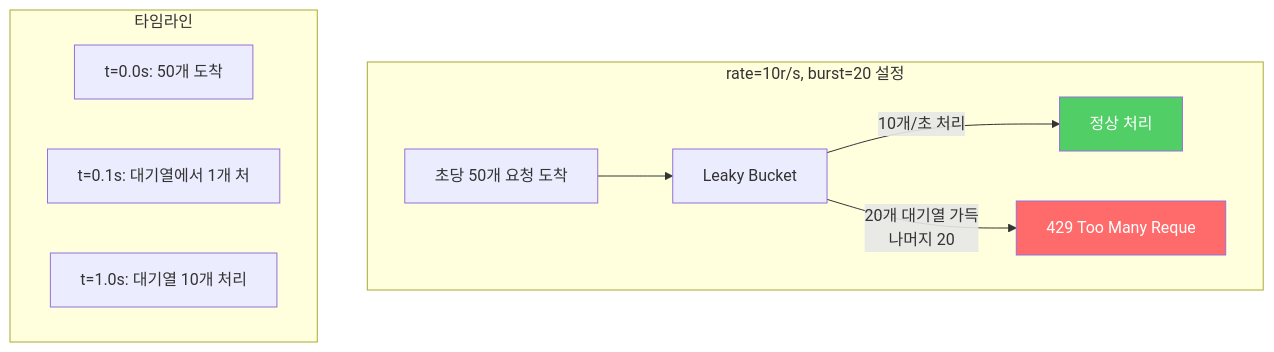
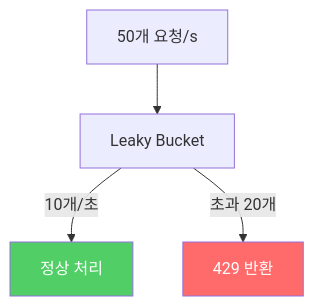
Before and after one commit to yjkim2015/yjkim2015.github.io: diagram 15 of 18 in _posts/server/2026-05-01-nginx.md, drawn with Mermaid. The commit also changed other lines of this file and 155 other files, not shown here.

First line of the commit message:
Mermaid 전면 수정: subgraph 제거, participant/노드/줄수 축소 (342블록)

````diff
--- a/_posts/server/2026-05-01-nginx.md
+++ b/_posts/server/2026-05-01-nginx.md
@@ -695,15 +679,8 @@
 ```mermaid
 graph TD
-    subgraph "rate=10r/s, burst=20 설정"
-        REQ["초당 50개 요청 도착"] --> BUCKET["Leaky Bucket"]
-        BUCKET -->|"10개/초 처리"| PROCESS["정상 처리"]
-        BUCKET -->|"20개 대기열 가득\n나머지 20"| REJECT["429 Too Many Reque"]
-    end
-    subgraph "타임라인"
-        T1["t=0.0s: 50개 도착"]
-        T2["t=0.1s: 대기열에서 1개 처"]
-        T3["t=1.0s: 대기열 10개 처리"]
-    end
+    REQ["50개 요청/s"] --> BUCKET["Leaky Bucket"]
+    BUCKET -->|10개/초| PROCESS["정상 처리"]
+    BUCKET -->|초과 20개| REJECT["429 반환"]
     style REJECT fill:#ff6b6b,color:#fff
     style PROCESS fill:#51cf66,color:#fff
 ```
````
